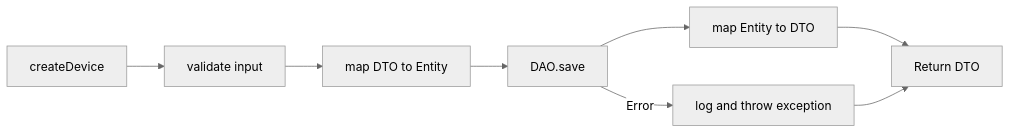
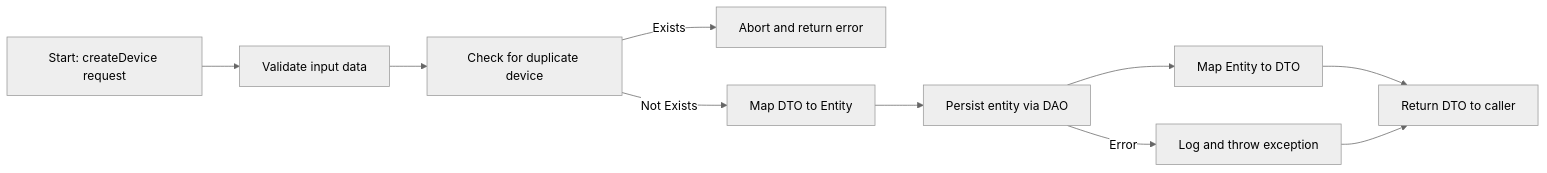
The first of 9 diagrams in spec/spec-backend-service-implementation.md (vx-daniel/tb-ai-docs), drawn with Mermaid (neutral theme) before and after one commit. The commit also changed other lines of this file, not shown here.

````diff
--- a/spec/spec-backend-service-implementation.md
+++ b/spec/spec-backend-service-implementation.md
@@ -72,17 +75,12 @@
 ```mermaid
 flowchart LR
-    a1 --> a2
-    a2 --> a3
-    a3 --> a4
-    a4 --> a5
-    a5 --> a6
-    a4 -- Error --> a7
-    a7 --> a6
-    a1[createDevice]
-    a2[validate input]
-    a3[map DTO to Entity]
-    a4[DAO.save]
-    a5[map Entity to DTO]
-    a6[Return DTO]
-    a7[log and throw exception]
+    a1[Start: createDevice request] --> a2[Validate input data]
+    a2 --> a3[Check for duplicate device]
+    a3 -- Exists --> a4[Abort and return error]
+    a3 -- Not Exists --> a5[Map DTO to Entity]
+    a5 --> a6[Persist entity via DAO]
+    a6 --> a7[Map Entity to DTO]
+    a7 --> a8[Return DTO to caller]
+    a6 -- Error --> a9[Log and throw exception]
+    a9 --> a8
 ```
````
